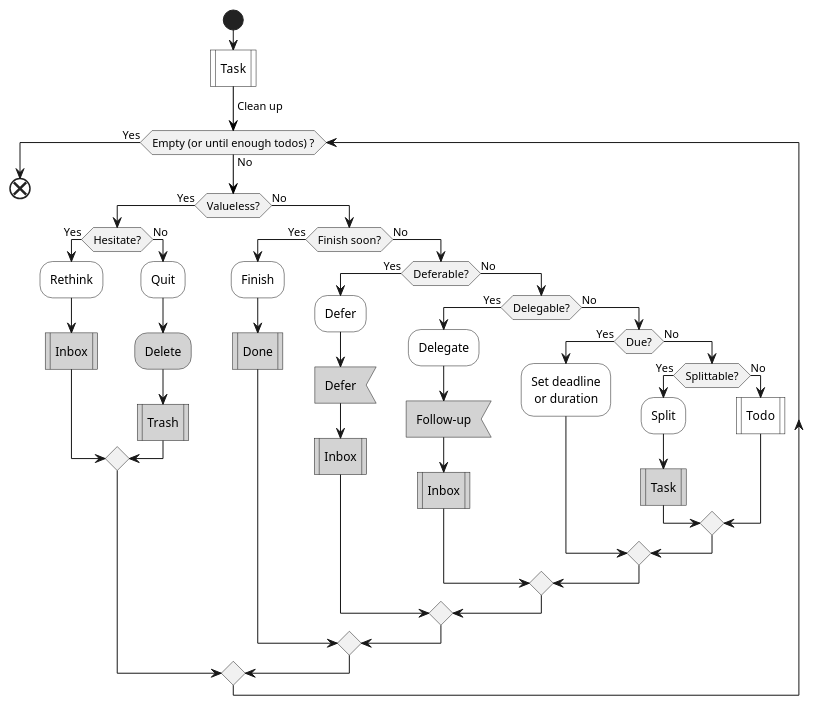
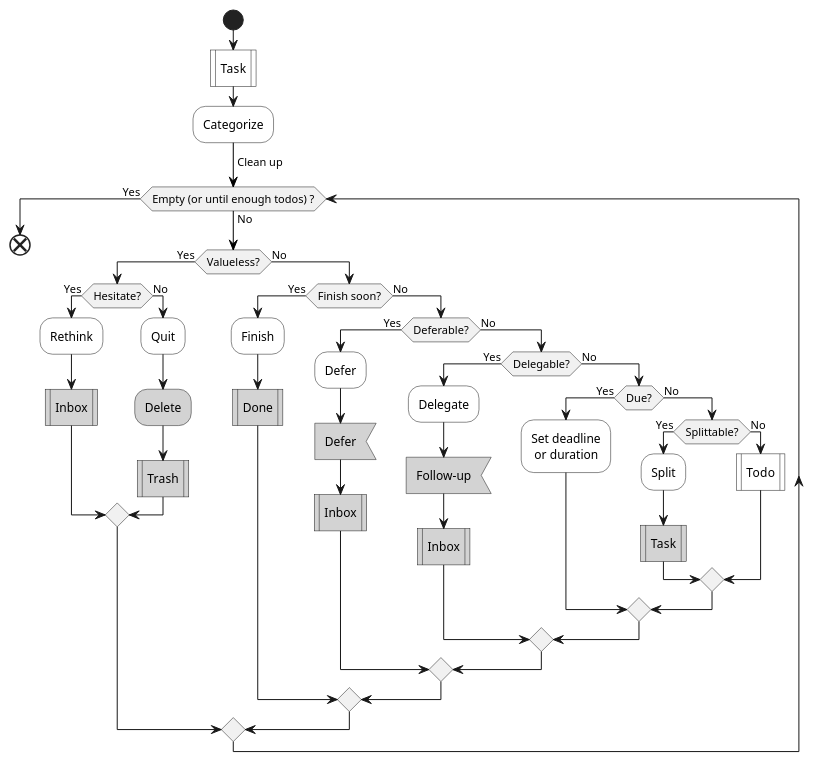
One commit to IceHe/icehe-lib changed the second of 4 diagrams in lifelogs/rehabilitation.md. Above: the diagram before and after it, drawn with PlantUML.

Commit message:
2020-12-17 20:55:01 Thu

````diff
--- a/lifelogs/rehabilitation.md
+++ b/lifelogs/rehabilitation.md
@@ -232,53 +232,54 @@
 ```plantuml
 @startuml
 start
 #white:Task|
+#white:Categorize;
 -[#black]-> Clean up;
 while (Empty (or until enough todos) ?) is (No)
     if (Valueless?) then (Yes)
         if (Hesitate?) then (Yes)
             #white:Rethink;
             #lightGray:Inbox|
         else (No)
             #white:Quit;
             #lightGray:Delete;
             #lightGray:Trash|
         endif
     else (No)
         if (Finish soon?) then (Yes)
             #white:Finish;
             #lightGray:Done|
         else (No)
             if (Deferable?) then (Yes)
                 #white:Defer;
                 #lightGray:Defer<
                 #lightGray:Inbox|
             else (No)
                 if (Delegable?) then (Yes)
                     #white:Delegate;
                     #lightGray:Follow-up<
                     #lightGray:Inbox|
                 else (No)
                     'if (Event?) then (Yes)
                     '    #white:Calendar|
                     'else (No)
                         if (Due?) then (Yes)
                             #white:Set deadline\n or duration;
                         else (No)
                             if (Splittable?) then (Yes)
                                 #white:Split;
                                 'note right : SMART 法则
                                 #lightGray:Task|
                             else (No)
                                 #white:Todo|
                             endif
                         endif
                     'endif
                 endif
             endif
         endif
     endif
 endwhile (Yes)
 end
 @enduml
 ```
````
